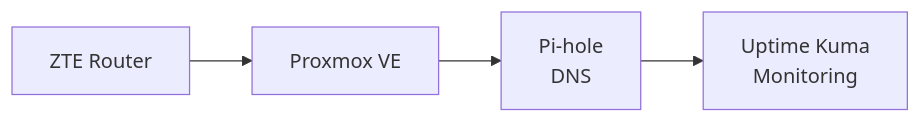
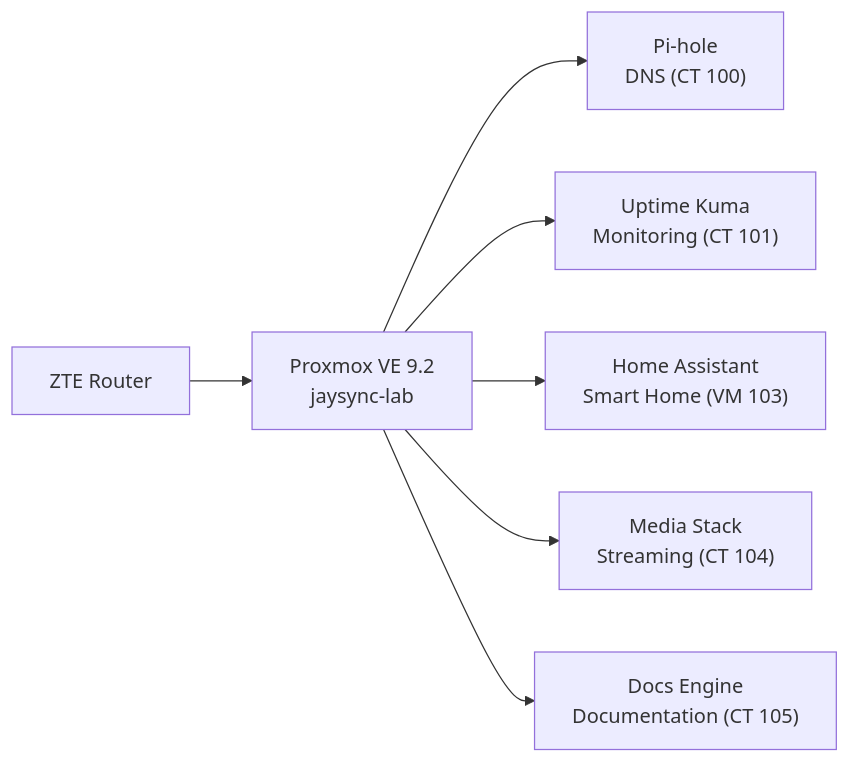
Before and after one commit to JaySync-Lab/JaySync-Lab: the diagram in README.md, drawn with Mermaid. The commit also changed other lines of this file and 7 other files, not shown here.

Commit message:
docs: update documentation from live Proxmox extract (2026-06-18)

````diff
--- a/README.md
+++ b/README.md
@@ -8,6 +8,9 @@
 ```mermaid
 flowchart LR
-    A[ZTE Router] --> B[Proxmox VE]
-    B --> C[Pi-hole <br> DNS]
-    C --> D[Uptime Kuma <br> Monitoring]
+    A[ZTE Router] --> B["Proxmox VE 9.2 <br> jaysync-lab"]
+    B --> C["Pi-hole <br> DNS (CT 100)"]
+    B --> D["Uptime Kuma <br> Monitoring (CT 101)"]
+    B --> E["Home Assistant <br> Smart Home (VM 103)"]
+    B --> F["Media Stack <br> Streaming (CT 104)"]
+    B --> G["Docs Engine <br> Documentation (CT 105)"]
 ```
````
